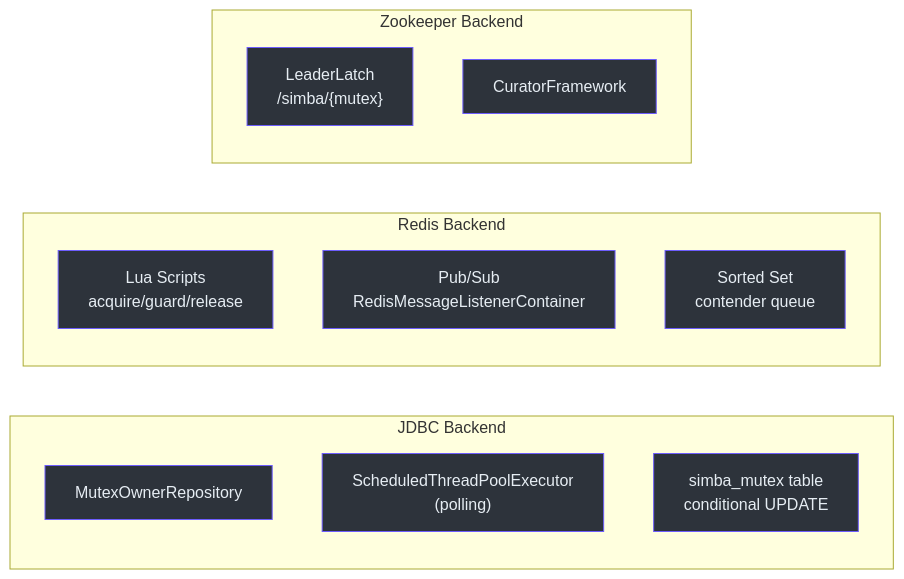
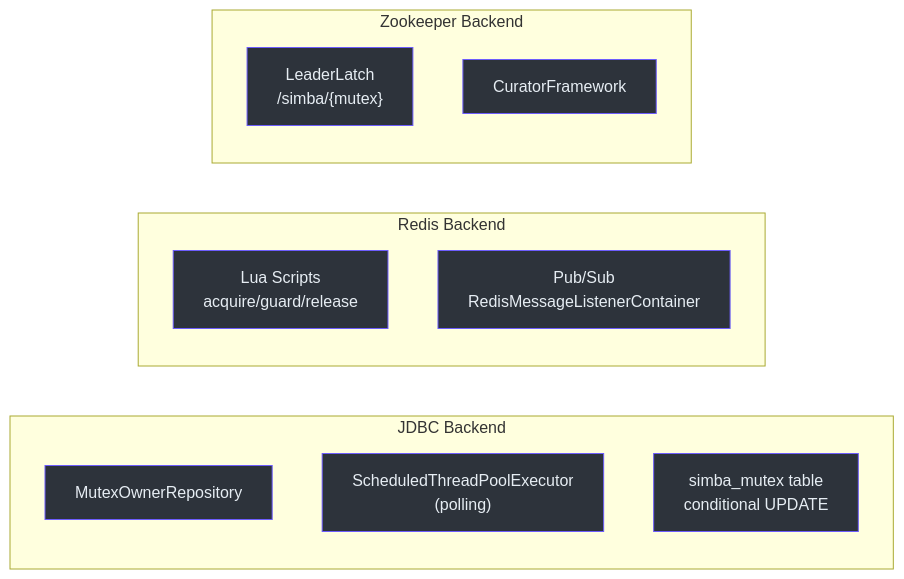
One commit to Ahoo-Wang/Simba changed the second of 2 diagrams in wiki/zh/modules/index.md. Above: the diagram before and after it, drawn with Mermaid. The commit also changed other lines of this file and 45 other files, not shown here.

````diff
--- a/wiki/zh/modules/index.md
+++ b/wiki/zh/modules/index.md
@@ -86,29 +86,27 @@
 ```mermaid
 graph LR
     subgraph sg_87 ["JDBC Backend"]
 
         J_REPO["MutexOwnerRepository"]
         J_SCHED["ScheduledThreadPoolExecutor<br>(polling)"]
         J_DDL["simba_mutex table<br>conditional UPDATE"]
     end
     subgraph sg_88 ["Redis Backend"]
 
         R_LUA["Lua Scripts<br>acquire/guard/release"]
         R_PS["Pub/Sub<br>RedisMessageListenerContainer"]
-        R_ZSET["Sorted Set<br>contender queue"]
     end
     subgraph sg_89 ["Zookeeper Backend"]
 
         Z_LATCH["LeaderLatch<br>/simba/{mutex}"]
         Z_CUR["CuratorFramework"]
     end
 
     style J_REPO fill:#2d333b,stroke:#6d5dfc,color:#e6edf3
     style J_SCHED fill:#2d333b,stroke:#6d5dfc,color:#e6edf3
     style J_DDL fill:#2d333b,stroke:#6d5dfc,color:#e6edf3
     style R_LUA fill:#2d333b,stroke:#6d5dfc,color:#e6edf3
     style R_PS fill:#2d333b,stroke:#6d5dfc,color:#e6edf3
-    style R_ZSET fill:#2d333b,stroke:#6d5dfc,color:#e6edf3
     style Z_LATCH fill:#2d333b,stroke:#6d5dfc,color:#e6edf3
     style Z_CUR fill:#2d333b,stroke:#6d5dfc,color:#e6edf3
 ```
````
